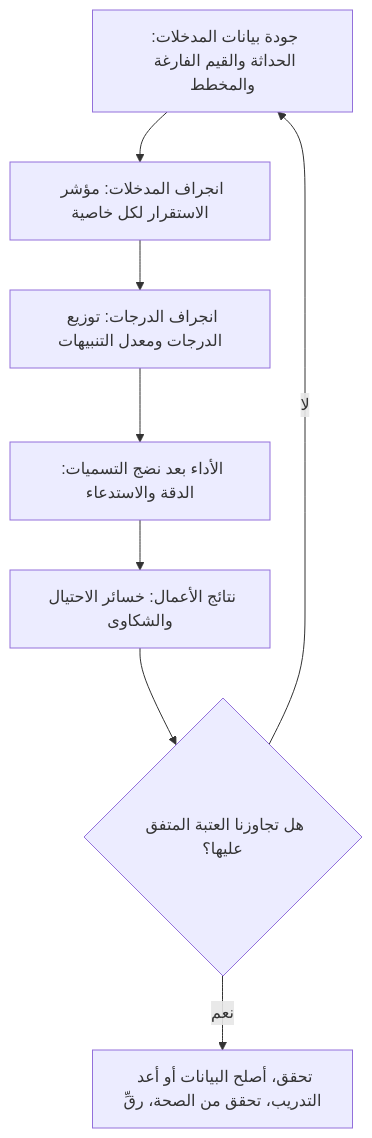
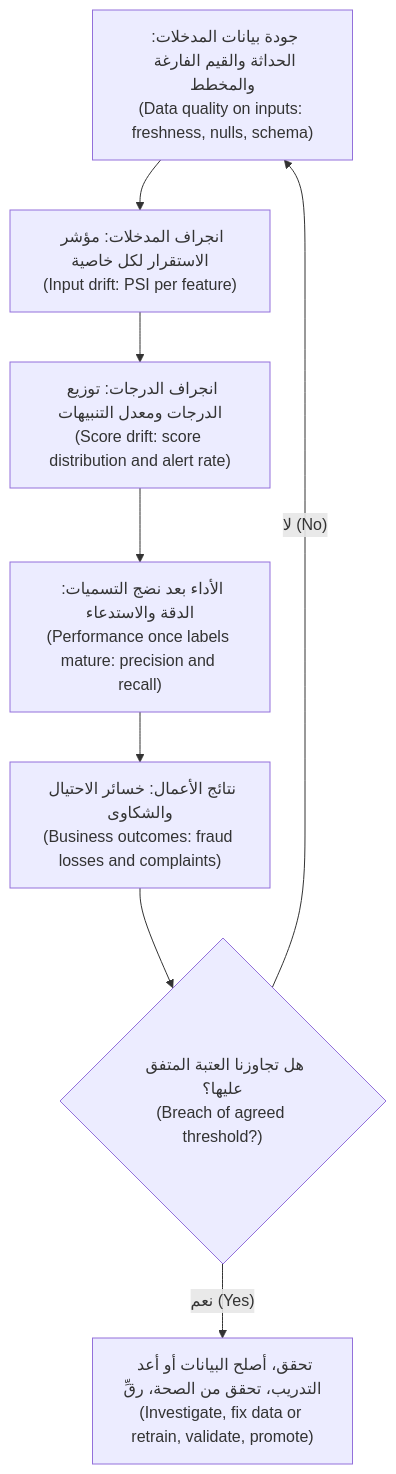
The second of 3 diagrams in data/modules/05-ml.ar.md (Tamoura/system-design-for-vibe-coders), drawn with Mermaid before and after one commit. The commit also changed other lines of this file and 20 other files, not shown here.

First line of the commit message:
New courses: Arabic diagrams read right-to-left with English labels (modules 0–6)

````diff
--- a/data/modules/05-ml.ar.md
+++ b/data/modules/05-ml.ar.md
@@ -370,10 +370,10 @@
 ```mermaid
 flowchart TD
-  A["جودة بيانات المدخلات: الحداثة والقيم الفارغة والمخطط"] --> B["انجراف المدخلات: مؤشر الاستقرار لكل خاصية"]
-  B --> C["انجراف الدرجات: توزيع الدرجات ومعدل التنبيهات"]
-  C --> D["الأداء بعد نضج التسميات: الدقة والاستدعاء"]
-  D --> E["نتائج الأعمال: خسائر الاحتيال والشكاوى"]
-  E --> F{"هل تجاوزنا العتبة المتفق عليها؟"}
-  F -->|"نعم"| G["تحقق، أصلح البيانات أو أعد التدريب، تحقق من الصحة، رقِّ"]
-  F -->|"لا"| A
+  A["جودة بيانات المدخلات: الحداثة والقيم الفارغة والمخطط<br/>(Data quality on inputs: freshness, nulls, schema)"] --> B["انجراف المدخلات: مؤشر الاستقرار لكل خاصية<br/>(Input drift: PSI per feature)"]
+  B --> C["انجراف الدرجات: توزيع الدرجات ومعدل التنبيهات<br/>(Score drift: score distribution and alert rate)"]
+  C --> D["الأداء بعد نضج التسميات: الدقة والاستدعاء<br/>(Performance once labels mature: precision and recall)"]
+  D --> E["نتائج الأعمال: خسائر الاحتيال والشكاوى<br/>(Business outcomes: fraud losses and complaints)"]
+  E --> F{"هل تجاوزنا العتبة المتفق عليها؟<br/>(Breach of agreed threshold?)"}
+  F -->|"نعم (Yes)"| G["تحقق، أصلح البيانات أو أعد التدريب، تحقق من الصحة، رقِّ<br/>(Investigate, fix data or retrain, validate, promote)"]
+  F -->|"لا (No)"| A
 ```
````
